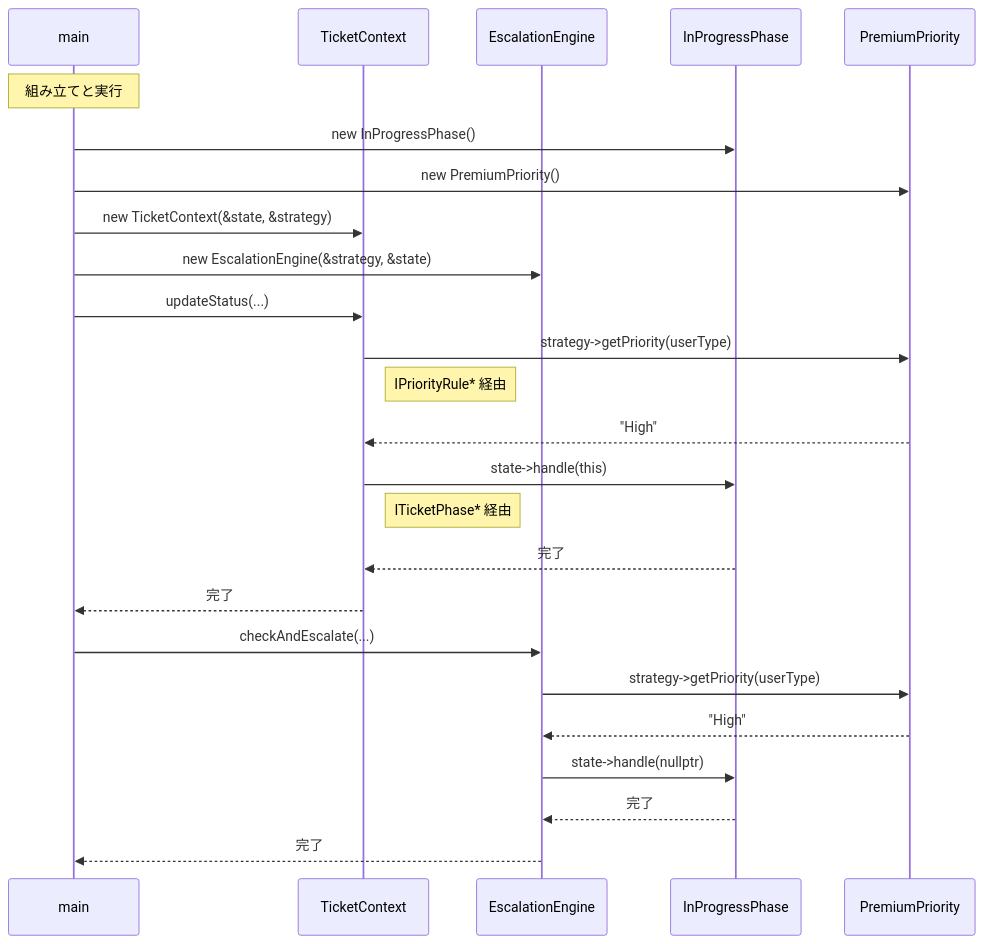
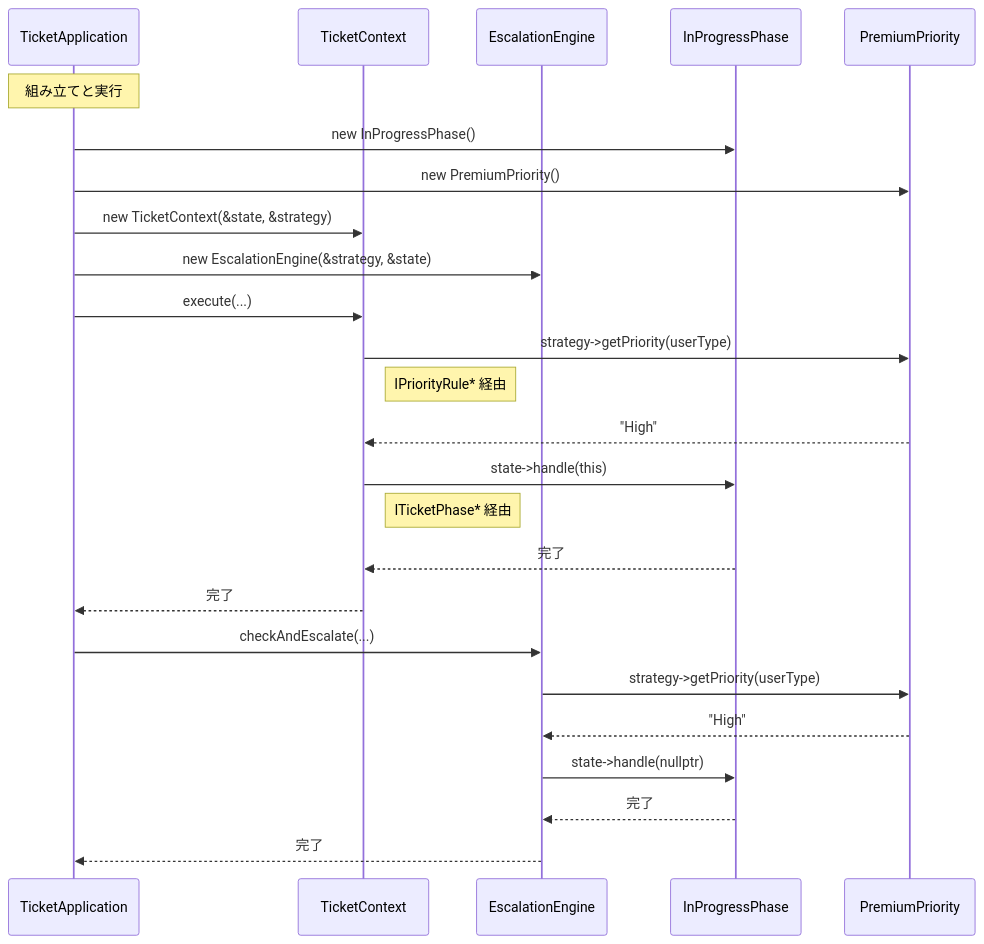
One commit to kumachan1101-pixel/DesignPattern changed the seventh of 10 diagrams in kindle/design-patterns/output/chapter09_2.md. Above: the diagram before and after it, drawn with Mermaid. The commit also changed other lines of this file and 10 other files, not shown here.

````diff
--- a/kindle/design-patterns/output/chapter09_2.md
+++ b/kindle/design-patterns/output/chapter09_2.md
@@ -1265,27 +1114,27 @@
 ```mermaid
 sequenceDiagram
-    participant main
+    participant App as TicketApplication
     participant TM as TicketContext
     participant EE as EscalationEngine
     participant IS as InProgressPhase
     participant PP as PremiumPriority
-    Note over main: 組み立てと実行
-    main->>IS: new InProgressPhase()
-    main->>PP: new PremiumPriority()
-    main->>TM: new TicketContext(&state, &strategy)
-    main->>EE: new EscalationEngine(&strategy, &state)
-    main->>TM: updateStatus(...)
+    Note over App: 組み立てと実行
+    App->>IS: new InProgressPhase()
+    App->>PP: new PremiumPriority()
+    App->>TM: new TicketContext(&state, &strategy)
+    App->>EE: new EscalationEngine(&strategy, &state)
+    App->>TM: execute(...)
     TM->>PP: strategy->getPriority(userType)
     Note right of TM: IPriorityRule* 経由
     PP-->>TM: "High"
     TM->>IS: state->handle(this)
     Note right of TM: ITicketPhase* 経由
     IS-->>TM: 完了
-    TM-->>main: 完了
-    main->>EE: checkAndEscalate(...)
+    TM-->>App: 完了
+    App->>EE: checkAndEscalate(...)
     EE->>PP: strategy->getPriority(userType)
     PP-->>EE: "High"
     EE->>IS: state->handle(nullptr)
     IS-->>EE: 完了
-    EE-->>main: 完了
+    EE-->>App: 完了
 ```
````
